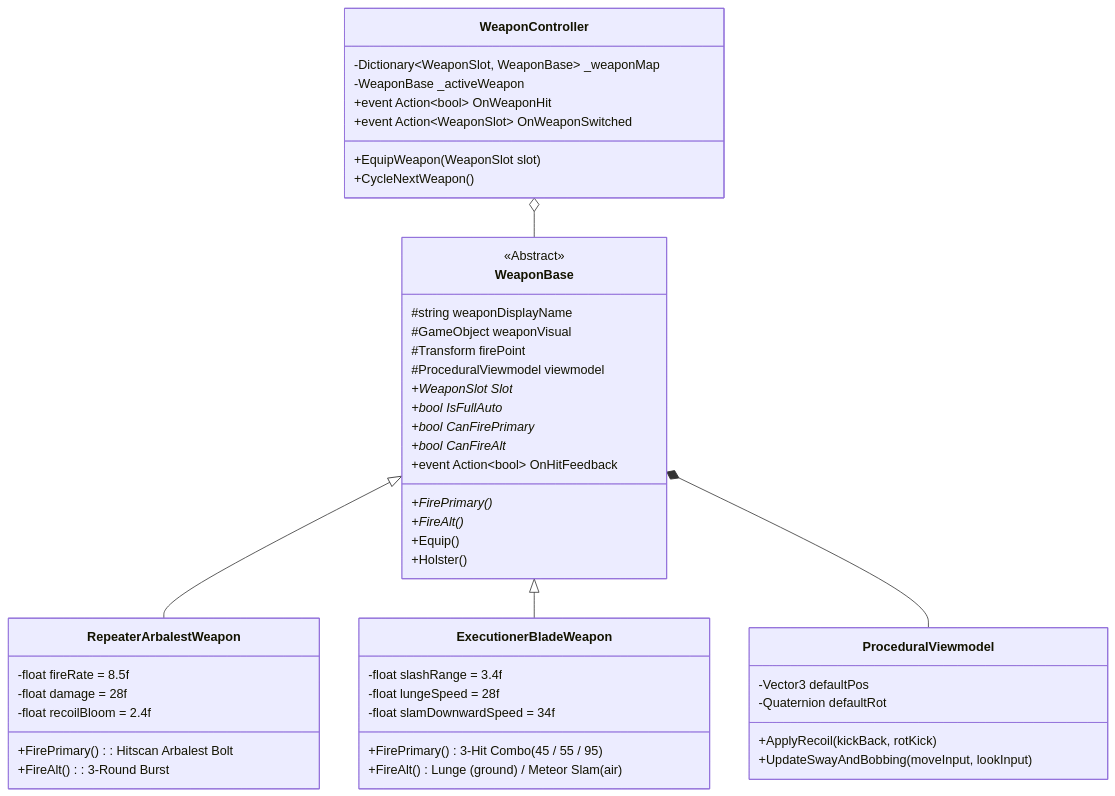
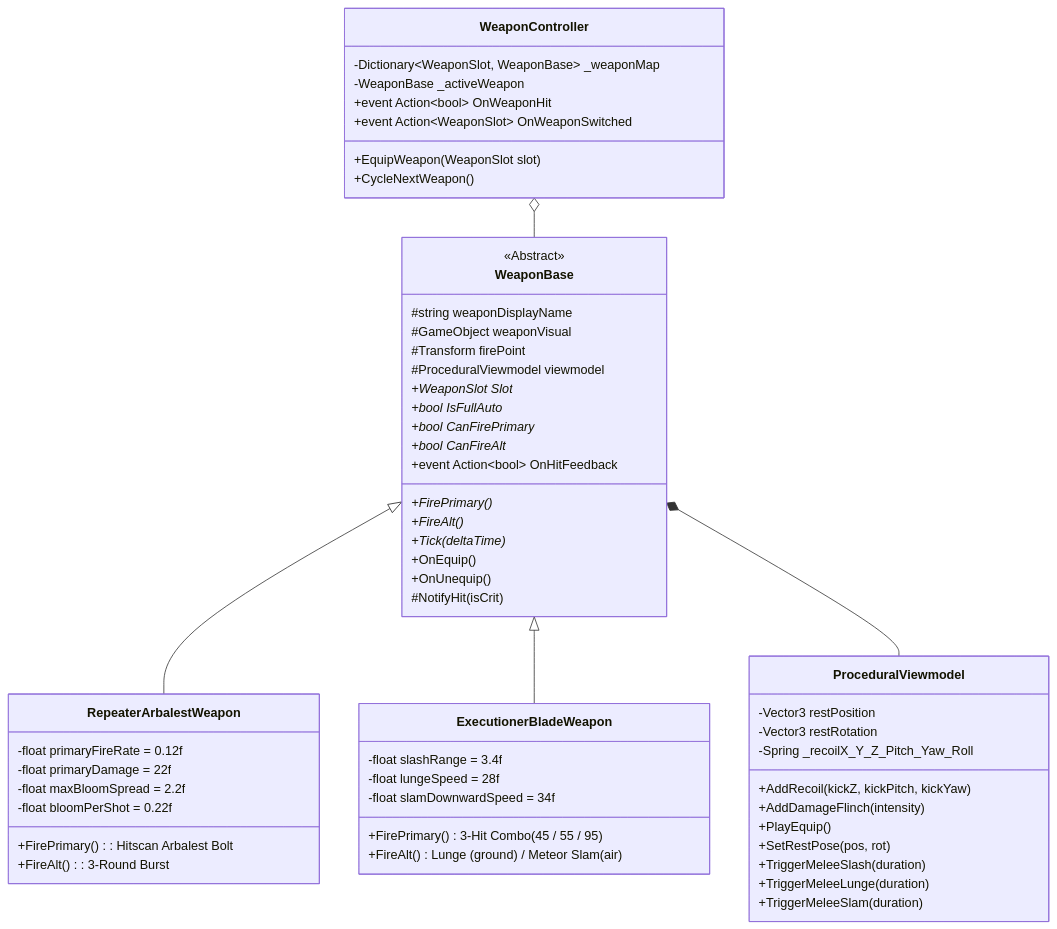
One commit to HazmaK/Graduation-Project changed the diagram in documentation/retro-fps/WeaponArsenalArchitecture.md. Above: the diagram before and after it, drawn with Mermaid. The commit also changed other lines of this file and 107 other files, not shown here.

````diff
--- a/documentation/retro-fps/WeaponArsenalArchitecture.md
+++ b/documentation/retro-fps/WeaponArsenalArchitecture.md
@@ -22,56 +22,65 @@
 ```mermaid
 classDiagram
     class WeaponBase {
         <<Abstract>>
         #string weaponDisplayName
         #GameObject weaponVisual
         #Transform firePoint
         #ProceduralViewmodel viewmodel
         +WeaponSlot Slot*
         +bool IsFullAuto*
         +bool CanFirePrimary*
         +bool CanFireAlt*
         +event Action~bool~ OnHitFeedback
         +FirePrimary()*
         +FireAlt()*
-        +Equip()
-        +Holster()
+        +Tick(deltaTime)*
+        +OnEquip()
+        +OnUnequip()
+        #NotifyHit(isCrit)
     }
 
     class RepeaterArbalestWeapon {
-        -float fireRate = 8.5f
-        -float damage = 28f
-        -float recoilBloom = 2.4f
+        -float primaryFireRate = 0.12f
+        -float primaryDamage = 22f
+        -float maxBloomSpread = 2.2f
+        -float bloomPerShot = 0.22f
         +FirePrimary() : Hitscan Arbalest Bolt
         +FireAlt() : 3-Round Burst
     }
 
     class ExecutionerBladeWeapon {
         -float slashRange = 3.4f
         -float lungeSpeed = 28f
         -float slamDownwardSpeed = 34f
         +FirePrimary() : 3-Hit Combo (45 / 55 / 95)
         +FireAlt() : Lunge (ground) / Meteor Slam (air)
     }
 
     class WeaponController {
         -Dictionary~WeaponSlot, WeaponBase~ _weaponMap
         -WeaponBase _activeWeapon
         +event Action~bool~ OnWeaponHit
         +event Action~WeaponSlot~ OnWeaponSwitched
         +EquipWeapon(WeaponSlot slot)
         +CycleNextWeapon()
     }
 
     class ProceduralViewmodel {
-        -Vector3 defaultPos
-        -Quaternion defaultRot
-        +ApplyRecoil(kickBack, rotKick)
-        +UpdateSwayAndBobbing(moveInput, lookInput)
+        -Vector3 restPosition
+        -Vector3 restRotation
+        -Spring _recoilX_Y_Z_Pitch_Yaw_Roll
+        +AddRecoil(kickZ, kickPitch, kickYaw)
+        +AddDamageFlinch(intensity)
+        +PlayEquip()
+        +SetRestPose(pos, rot)
+        +TriggerMeleeSlash(duration)
+        +TriggerMeleeLunge(duration)
+        +TriggerMeleeSlam(duration)
     }
 
     WeaponBase <|-- RepeaterArbalestWeapon
     WeaponBase <|-- ExecutionerBladeWeapon
     WeaponController o-- WeaponBase
     WeaponBase *-- ProceduralViewmodel
 ```
````
